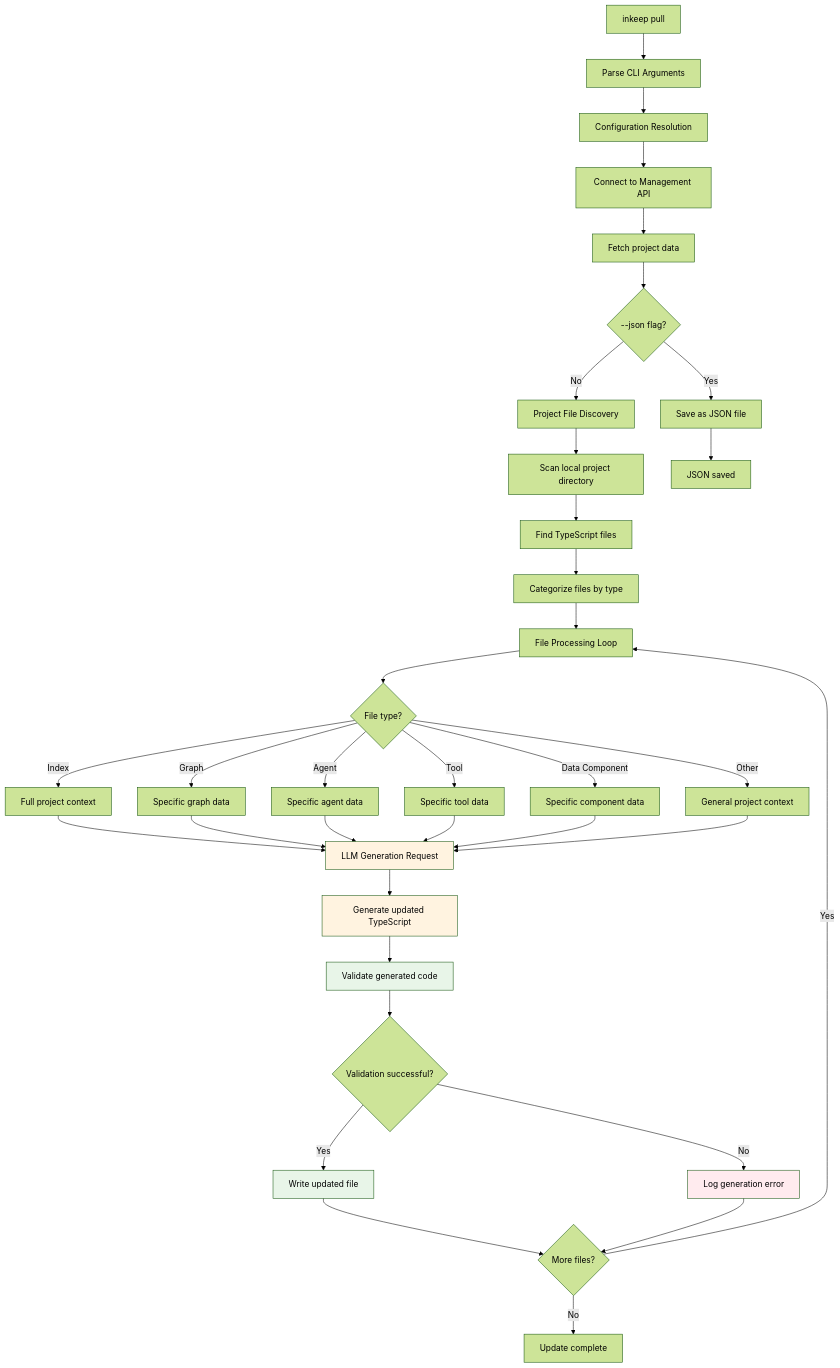
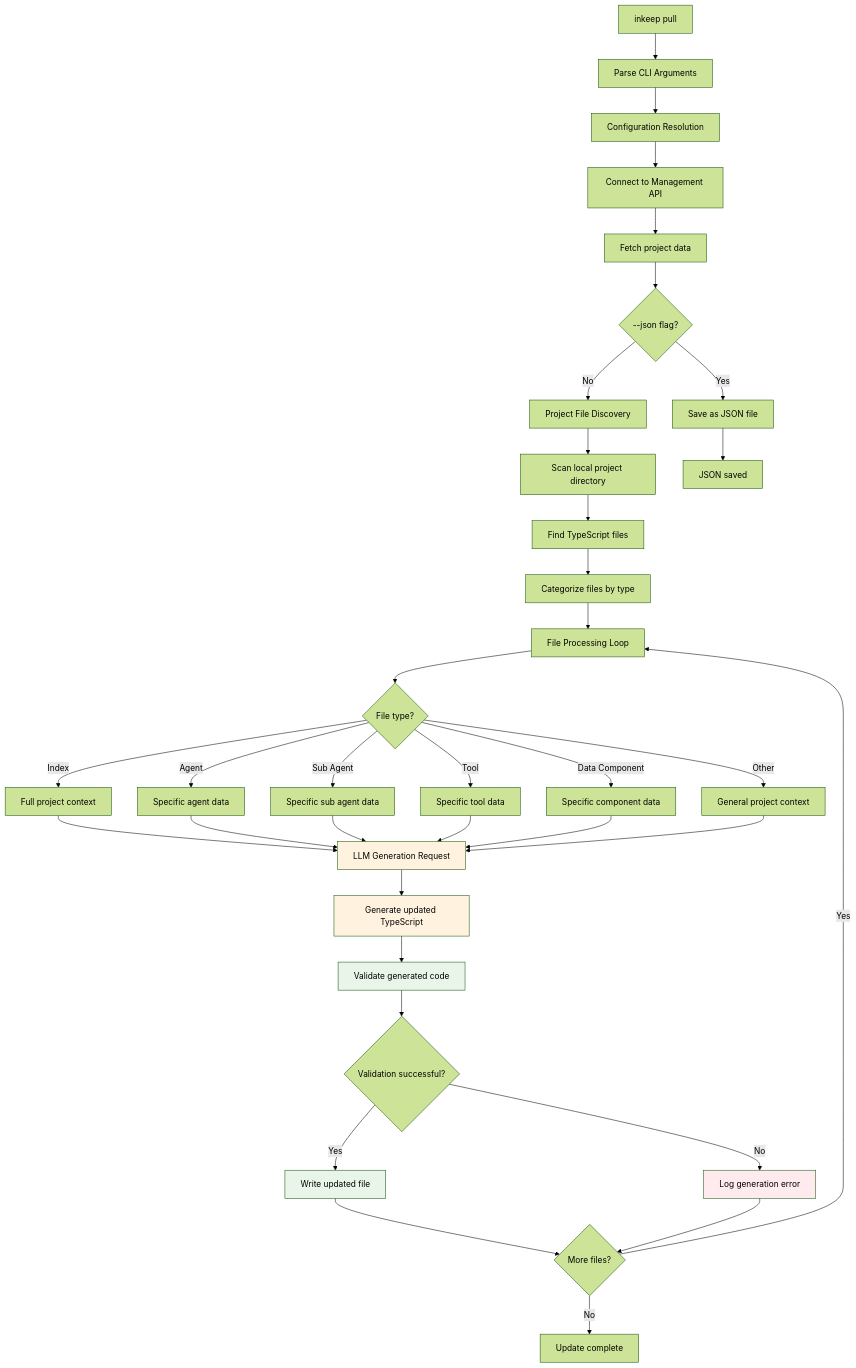
The third of 8 diagrams in agents-docs/content/docs/typescript-sdk/push-pull-workflows.mdx (inkeep/agents), drawn with Mermaid (forest theme) before and after one commit. The commit also changed other lines of this file and 12 other files, not shown here.

Commit message:
Our naming changes: Graph->Agent, Agent->SubAgent

````diff
--- a/agents-docs/content/docs/typescript-sdk/push-pull-workflows.mdx
+++ b/agents-docs/content/docs/typescript-sdk/push-pull-workflows.mdx
@@ -118,52 +118,52 @@
 ```mermaid
 graph TD
     A[inkeep pull] --> B[Parse CLI Arguments]
     B --> C[Configuration Resolution]
     C --> D[Connect to Management API]
     D --> E[Fetch project data]
 
     E --> F{--json flag?}
     F -->|Yes| G[Save as JSON file]
     F -->|No| H[Project File Discovery]
 
     H --> I[Scan local project directory]
     I --> J[Find TypeScript files]
     J --> K[Categorize files by type]
 
     K --> L[File Processing Loop]
     L --> M{File type?}
 
     M -->|Index| N[Full project context]
-    M -->|Graph| O[Specific graph data]
-    M -->|Agent| P[Specific agent data]
+    M -->|Agent| O[Specific agent data]
+    M -->|Sub Agent| P[Specific sub agent data]
     M -->|Tool| Q[Specific tool data]
     M -->|Data Component| R[Specific component data]
     M -->|Other| S[General project context]
 
     N --> T[LLM Generation Request]
     O --> T
     P --> T
     Q --> T
     R --> T
     S --> T
 
     T --> U[Generate updated TypeScript]
     U --> V[Validate generated code]
     V --> W{Validation successful?}
 
     W -->|Yes| X[Write updated file]
     W -->|No| Y[Log generation error]
 
     X --> Z{More files?}
     Y --> Z
     Z -->|Yes| L
     Z -->|No| AA[Update complete]
 
     G --> BB[JSON saved]
 
     style T fill:#fff3e0
     style U fill:#fff3e0
     style V fill:#e8f5e8
     style X fill:#e8f5e8
     style Y fill:#ffebee
 ```
````
